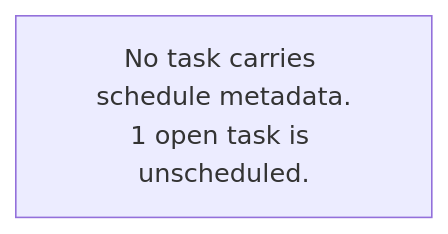
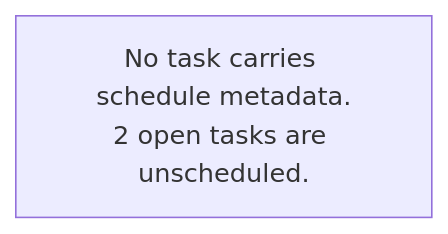
Before and after one commit to qomero/prokron: the diagram in .prokron/compiled/gantt.mmd, drawn with Mermaid. The commit also changed 17 other files, not shown here.

```diff
--- a/.prokron/compiled/gantt.mmd
+++ b/.prokron/compiled/gantt.mmd
@@ -1,2 +1,2 @@
 flowchart LR
-    none["No task carries schedule metadata.<br/>1 open task is unscheduled."]
+    none["No task carries schedule metadata.<br/>2 open tasks are unscheduled."]
```
